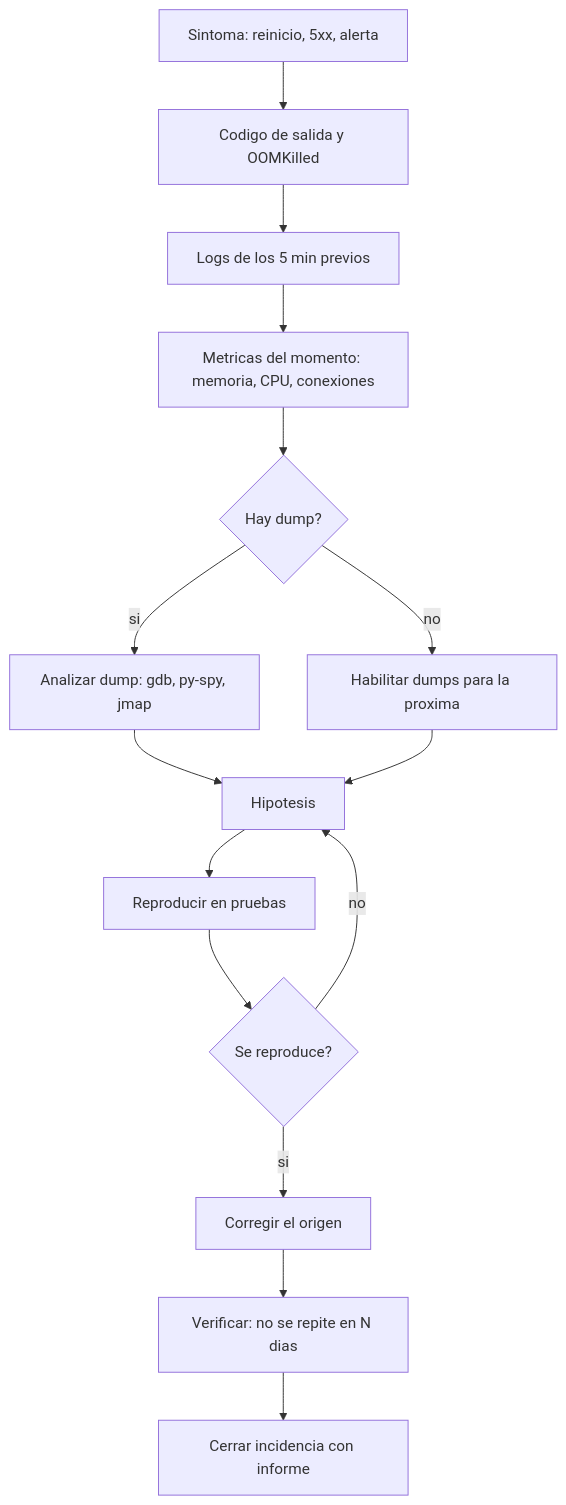
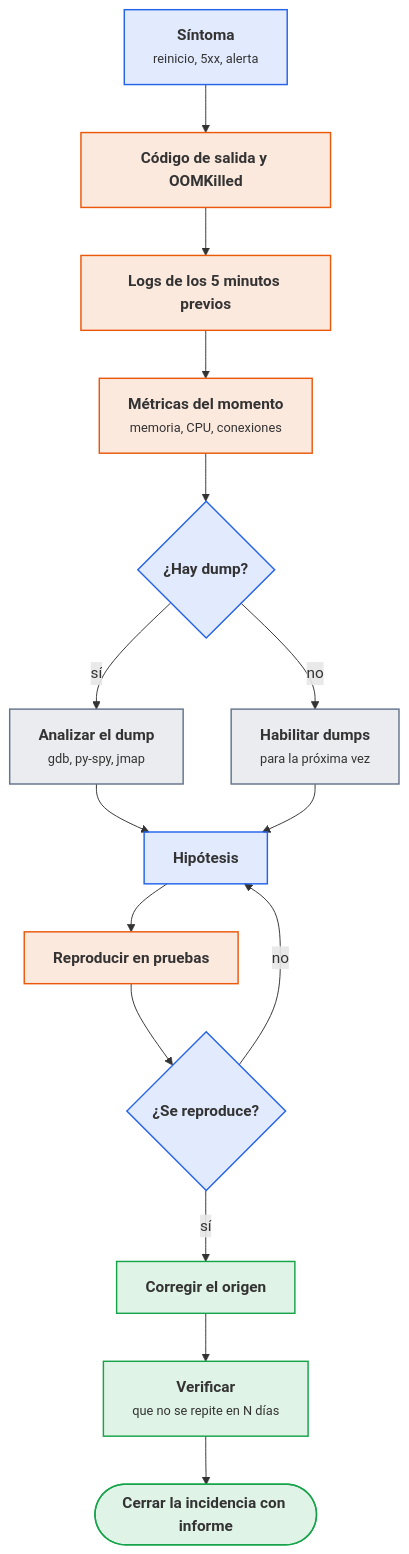
Before and after one commit to victor-educ/apuntes-5169: the second of 3 diagrams in docs/ut/ut5-logs-accesos-rendimiento.md, drawn with Mermaid. The commit also changed other lines of this file and 13 other files, not shown here.

First line of the commit message:
Temporalización definitiva, gramática visual y diagramas en todas las unidades

````diff
--- a/docs/ut/ut5-logs-accesos-rendimiento.md
+++ b/docs/ut/ut5-logs-accesos-rendimiento.md
@@ -587,17 +601,28 @@
 ```mermaid
 flowchart TD
-    A[Sintoma: reinicio, 5xx, alerta] --> B[Codigo de salida y OOMKilled]
-    B --> C[Logs de los 5 min previos]
-    C --> D[Metricas del momento: memoria, CPU, conexiones]
-    D --> E{Hay dump?}
-    E -- si --> F[Analizar dump: gdb, py-spy, jmap]
-    E -- no --> G[Habilitar dumps para la proxima]
-    F --> H[Hipotesis]
-    G --> H
-    H --> I[Reproducir en pruebas]
-    I --> J{Se reproduce?}
+    A["<b>Síntoma</b><br><small>reinicio, 5xx, alerta</small>"]:::dato
+    B["<b>Código de salida y OOMKilled</b>"]:::act
+    C["<b>Logs de los 5 minutos previos</b>"]:::act
+    D["<b>Métricas del momento</b><br><small>memoria, CPU, conexiones</small>"]:::act
+    E{"<b>¿Hay dump?</b>"}:::dato
+    F["<b>Analizar el dump</b><br><small>gdb, py-spy, jmap</small>"]:::pieza
+    G["<b>Habilitar dumps</b><br><small>para la próxima vez</small>"]:::pieza
+    H["<b>Hipótesis</b>"]:::dato
+    I["<b>Reproducir en pruebas</b>"]:::act
+    J{"<b>¿Se reproduce?</b>"}:::dato
+    K["<b>Corregir el origen</b>"]:::ok
+    L["<b>Verificar</b><br><small>que no se repite en N días</small>"]:::ok
+    M(["<b>Cerrar la incidencia con informe</b>"]):::ok
+    A --> B --> C --> D --> E
+    E -- sí --> F --> H
+    E -- no --> G --> H
+    H --> I --> J
     J -- no --> H
-    J -- si --> K[Corregir el origen]
-    K --> L[Verificar: no se repite en N dias]
-    L --> M[Cerrar incidencia con informe]
+    J -- sí --> K --> L --> M
+    classDef act fill:#ea580c22,stroke:#ea580c,stroke-width:1.5px
+    classDef pieza fill:#64748b22,stroke:#64748b,stroke-width:1.5px
+    classDef dato fill:#2563eb22,stroke:#2563eb,stroke-width:1.5px
+    classDef infra fill:#a1a1aa14,stroke:#a1a1aa,stroke-width:1.5px
+    classDef ok fill:#16a34a22,stroke:#16a34a,stroke-width:1.5px
+    classDef riesgo fill:#dc262622,stroke:#dc2626,stroke-width:1.5px
 ```
````
